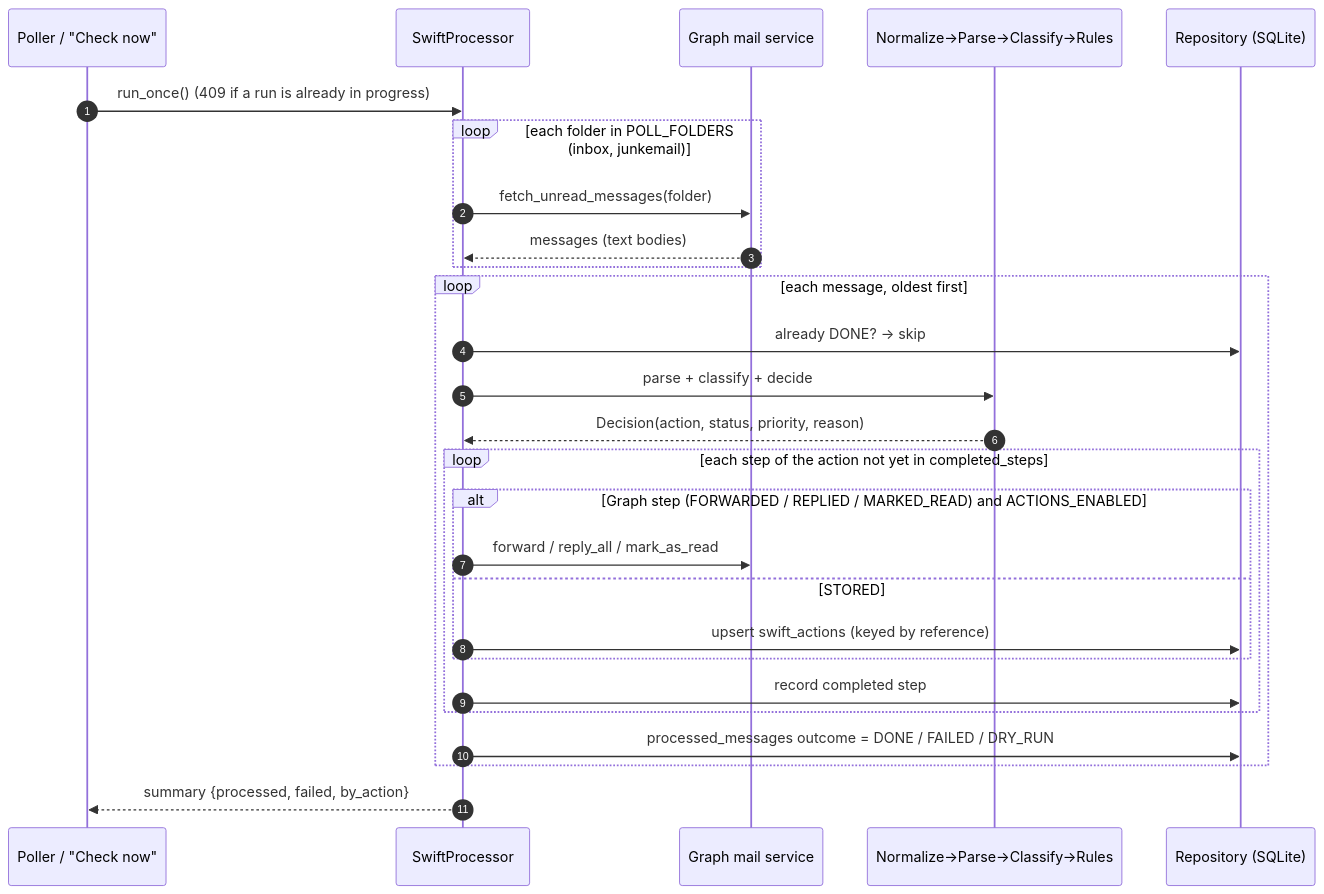
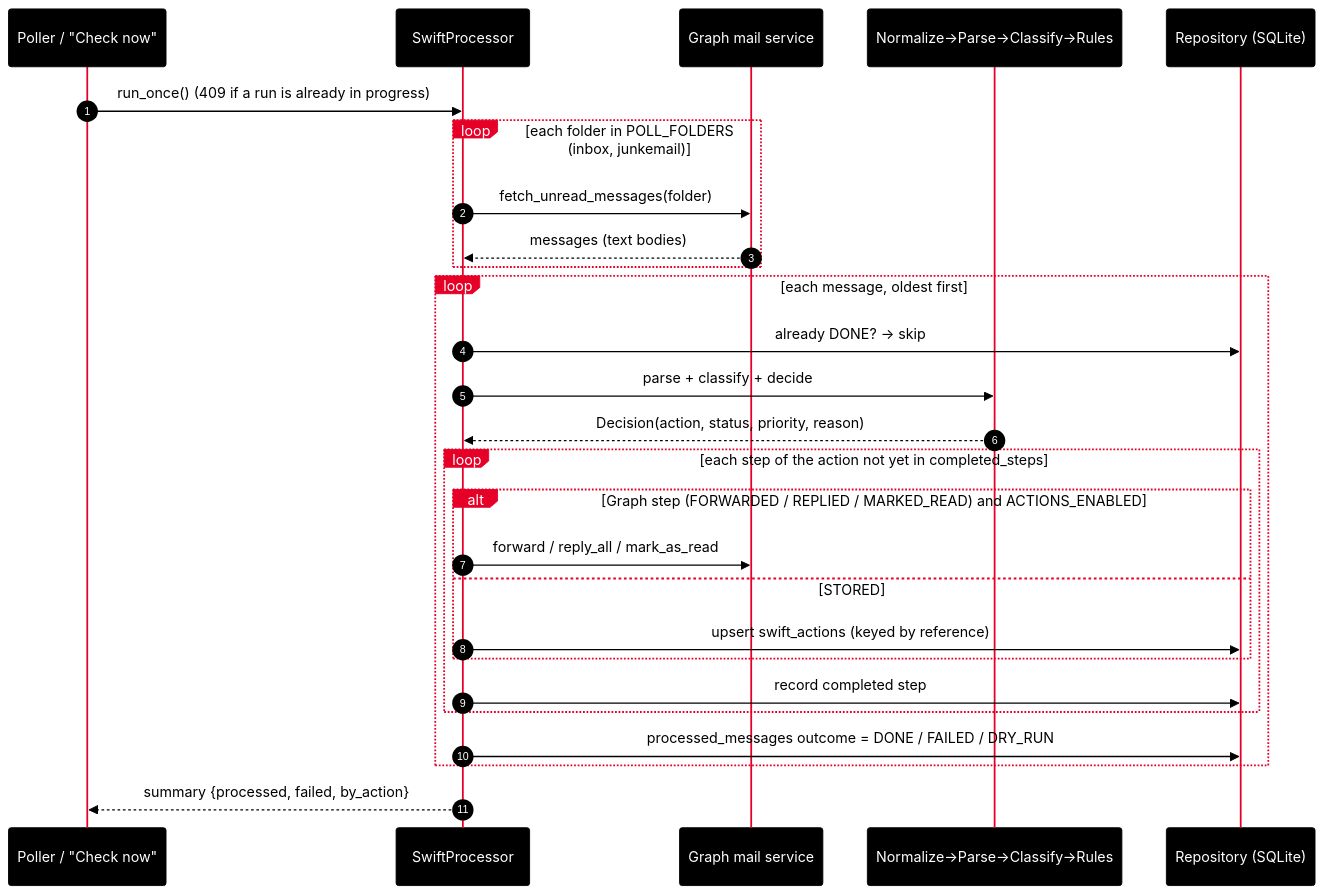
One commit to shreyapalavalli/swift-mailbox-monitor changed the fourth of 6 diagrams in docs/architecture/solution-architecture.md. Above: the diagram before and after it, drawn with Mermaid. The commit also changed other lines of this file and 2 other files, not shown here.

Commit message:
docs: SG red/black/white styling for the architecture doc (banner, at-a-glance card, themed diagrams)

````diff
--- a/docs/architecture/solution-architecture.md
+++ b/docs/architecture/solution-architecture.md
@@ -98,30 +156,31 @@
 ```mermaid
+%%{init: {'theme':'base','themeVariables':{'actorBkg':'#000000','actorBorder':'#000000','actorTextColor':'#ffffff','actorLineColor':'#E60028','signalColor':'#000000','signalTextColor':'#000000','sequenceNumberColor':'#ffffff','labelBoxBkgColor':'#E60028','labelBoxBorderColor':'#E60028','labelTextColor':'#ffffff','loopTextColor':'#000000','noteBkgColor':'#fff5f6','noteBorderColor':'#E60028','activationBkgColor':'#E60028','altSectionBkgColor':'#fff5f6'}}}%%
 sequenceDiagram
     autonumber
     participant P as Poller / "Check now"
     participant S as SwiftProcessor
     participant G as Graph mail service
     participant N as Normalize→Parse→Classify→Rules
     participant R as Repository (SQLite)
 
     P->>S: run_once() (409 if a run is already in progress)
     loop each folder in POLL_FOLDERS (inbox, junkemail)
         S->>G: fetch_unread_messages(folder)
         G-->>S: messages (text bodies)
     end
     loop each message, oldest first
         S->>R: already DONE? → skip
         S->>N: parse + classify + decide
         N-->>S: Decision(action, status, priority, reason)
         loop each step of the action not yet in completed_steps
             alt Graph step (FORWARDED / REPLIED / MARKED_READ) and ACTIONS_ENABLED
                 S->>G: forward / reply_all / mark_as_read
             else STORED
                 S->>R: upsert swift_actions (keyed by reference)
             end
             S->>R: record completed step
         end
         S->>R: processed_messages outcome = DONE / FAILED / DRY_RUN
     end
     S-->>P: summary {processed, failed, by_action}
 ```
````
